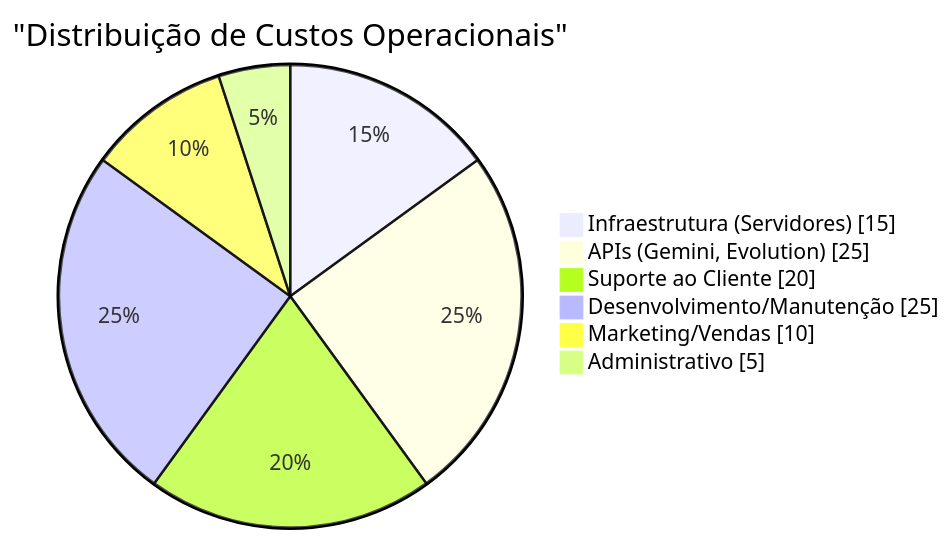
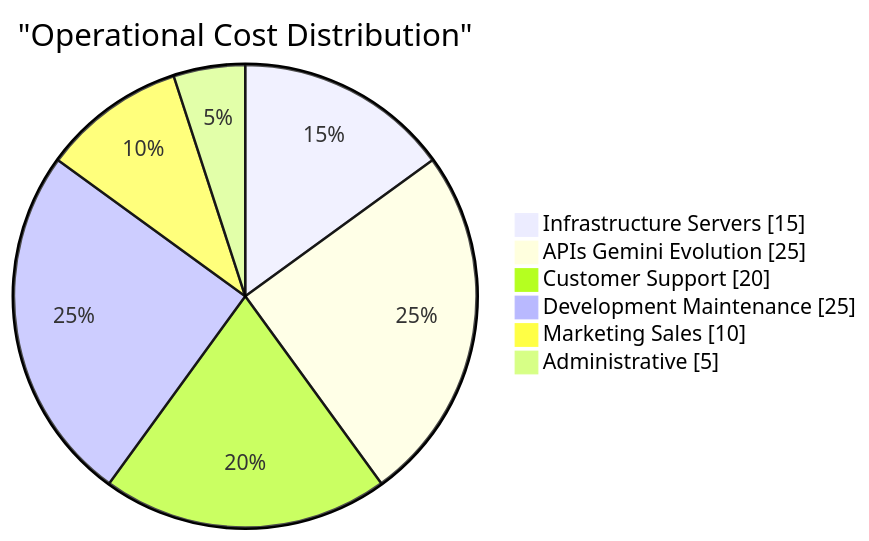
The eighth of 12 diagrams in docs/MONETIZATION.md (RenanLisboa8/n8n-clinic-multiagent), drawn with Mermaid before and after one commit. The commit also changed other lines of this file and 4 other files, not shown here.

First line of the commit message:
Update documentation and diagrams for improved clarity and accessibility

````diff
--- a/docs/MONETIZATION.md
+++ b/docs/MONETIZATION.md
@@ -273,10 +279,10 @@
 ```mermaid
 pie showData
-    title "Distribuição de Custos Operacionais"
-    "Infraestrutura (Servidores)" : 15
-    "APIs (Gemini, Evolution)" : 25
-    "Suporte ao Cliente" : 20
-    "Desenvolvimento/Manutenção" : 25
-    "Marketing/Vendas" : 10
-    "Administrativo" : 5
+    title "Operational Cost Distribution"
+    "Infrastructure Servers" : 15
+    "APIs Gemini Evolution" : 25
+    "Customer Support" : 20
+    "Development Maintenance" : 25
+    "Marketing Sales" : 10
+    "Administrative" : 5
 ```
````
